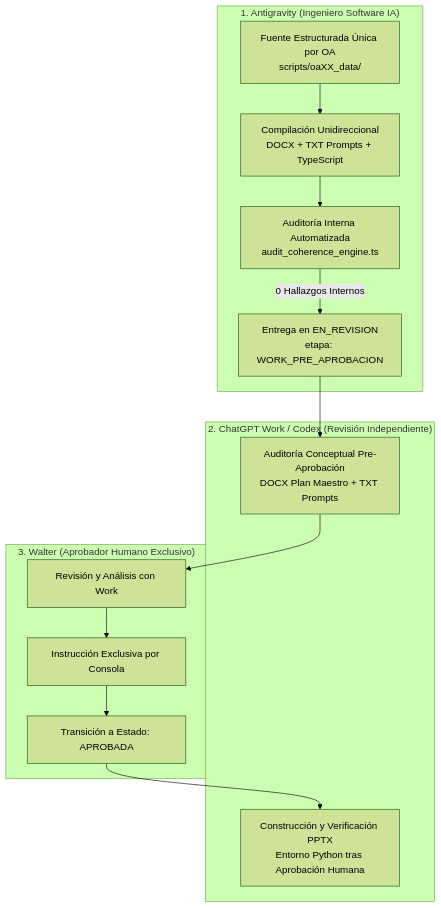
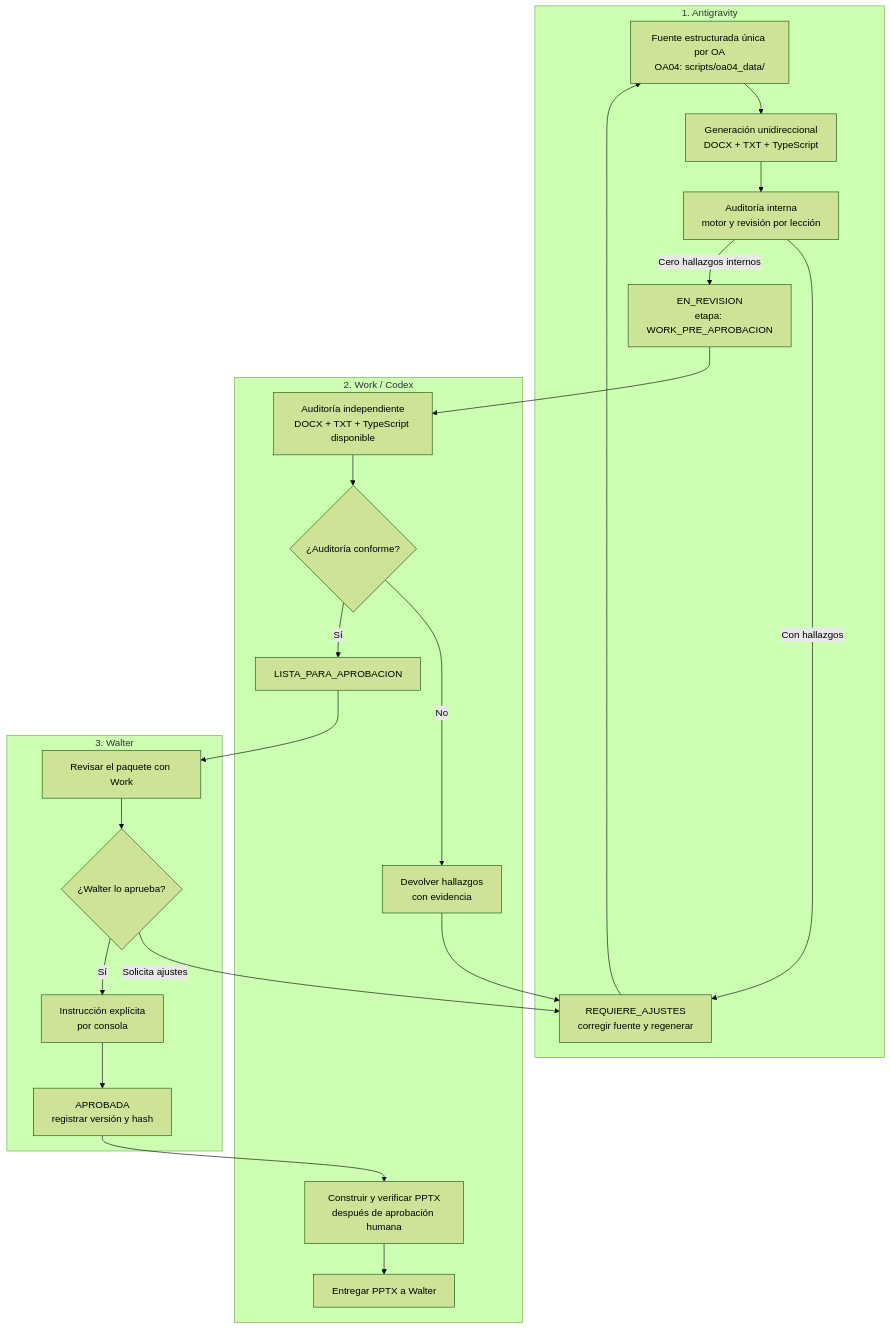
The diagram in spec/constitution/plan_universal_lecciones_3a8.md (WOM-MAX/StudioSimple), drawn with Mermaid (forest theme) before and after one commit. The commit also changed 2 other files, not shown here.

Commit message:
docs(governance): integrar diagrama mermaid de flujo y estados canonicos en plan universal, skills y memoria

````diff
--- a/spec/constitution/plan_universal_lecciones_3a8.md
+++ b/spec/constitution/plan_universal_lecciones_3a8.md
@@ -20,25 +20,42 @@
 ```mermaid
 flowchart TD
-    subgraph Antigravity["1. Antigravity (Ingeniero Software IA)"]
-        A1[Fuente Estructurada Única por OA\nscripts/oaXX_data/] --> A2[Compilación Unidireccional\nDOCX + TXT Prompts + TypeScript]
-        A2 --> A3[Auditoría Interna Automatizada\naudit_coherence_engine.ts]
-        A3 -->|0 Hallazgos Internos| A4[Entrega en EN_REVISION\netapa: WORK_PRE_APROBACION]
+    subgraph Antigravity["1. Antigravity"]
+        A1["Fuente estructurada única por OA<br/>OA04: scripts/oa04_data/"]
+        A2["Generación unidireccional<br/>DOCX + TXT + TypeScript"]
+        A3["Auditoría interna<br/>motor y revisión por lección"]
+        A4["EN_REVISION<br/>etapa: WORK_PRE_APROBACION"]
+        A5["REQUIERE_AJUSTES<br/>corregir fuente y regenerar"]
+
+        A1 --> A2 --> A3
+        A3 -->|Con hallazgos| A5
+        A5 --> A1
+        A3 -->|Cero hallazgos internos| A4
     end
 
-    subgraph WorkCodex["2. ChatGPT Work / Codex (Revisión Independiente)"]
-        W1[Auditoría Conceptual Pre-Aprobación\nDOCX Plan Maestro + TXT Prompts]
-        W2[Construcción y Verificación PPTX\nEntorno Python tras Aprobación Humana]
+    subgraph WorkCodex["2. Work / Codex"]
+        W1["Auditoría independiente<br/>DOCX + TXT + TypeScript disponible"]
+        W2{"¿Auditoría conforme?"}
+        W3["Devolver hallazgos<br/>con evidencia"]
+        W4["LISTA_PARA_APROBACION"]
+        W5["Construir y verificar PPTX<br/>después de aprobación humana"]
+        W6["Entregar PPTX a Walter"]
+
+        W1 --> W2
+        W2 -->|No| W3
+        W2 -->|Sí| W4
+        W5 --> W6
     end
 
-    subgraph Walter["3. Walter (Aprobador Humano Exclusivo)"]
-        H1[Revisión y Análisis con Work]
-        H2[Instrucción Exclusiva por Consola]
-        H3[Transición a Estado: APROBADA]
+    subgraph Walter["3. Walter"]
+        H1["Revisar el paquete con Work"]
+        H2{"¿Walter lo aprueba?"}
+        H3["Instrucción explícita<br/>por consola"]
+        H4["APROBADA<br/>registrar versión y hash"]
     end
 
     A4 --> W1
-    W1 --> H1
-    H1 --> H2
-    H2 --> H3
-    H3 --> W2
+    W3 --> A5
+    W4 --> H1 --> H2
+    H2 -->|Solicita ajustes| A5
+    H2 -->|Sí| H3 --> H4 --> W5
 ```
````
